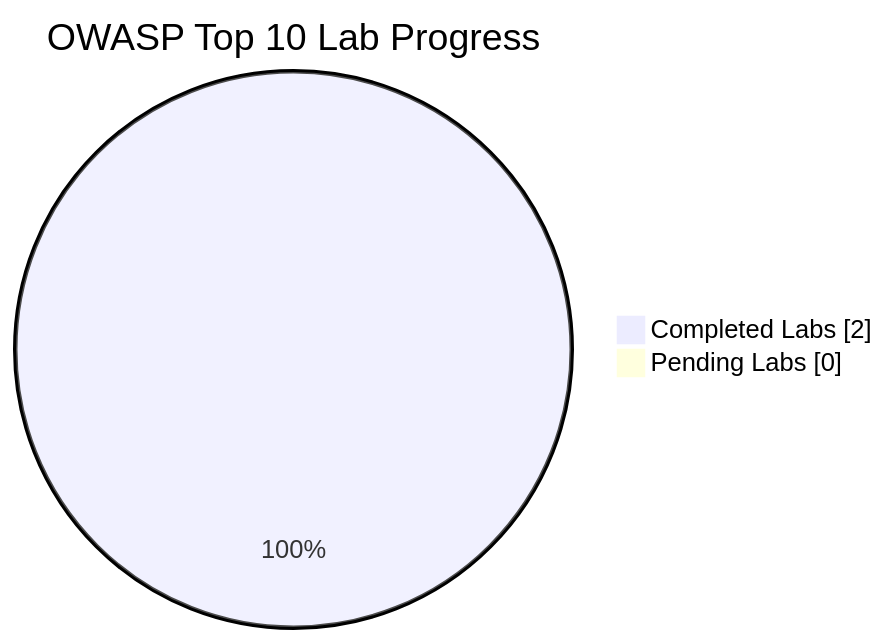
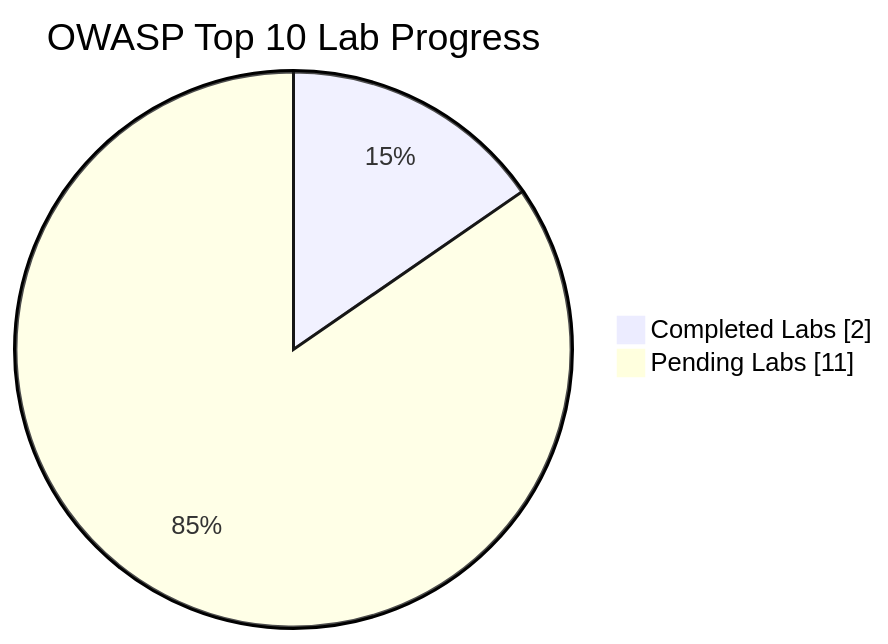
One commit to Nish344/owasp-top10-web-security changed the diagram in README.md. Above: the diagram before and after it, drawn with Mermaid. The commit also changed other lines of this file, not shown here.

````diff
--- a/README.md
+++ b/README.md
@@ -12,6 +12,6 @@
 ```mermaid
 pie showData
   title OWASP Top 10 Lab Progress
   "Completed Labs" : 2
-  "Pending Labs" : 0
+  "Pending Labs" : 11
 ```
````
